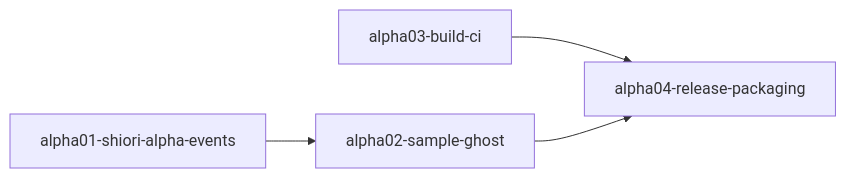
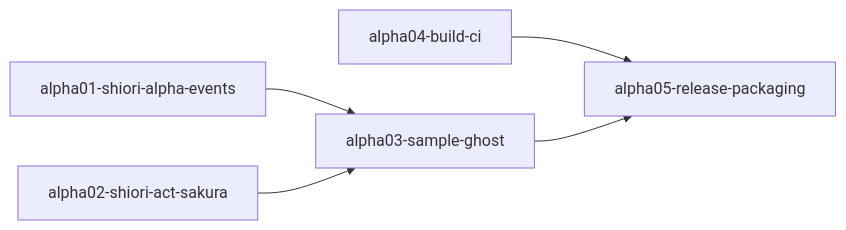
One commit to ekicyou/pasta changed the diagram in .kiro/specs/alpha-release-planning/gap-analysis.md. Above: the diagram before and after it, drawn with Mermaid. The commit also changed other lines of this file and 1 other file, not shown here.

First line of the commit message:
docs(spec): add pasta.shiori.act module requirement

````diff
--- a/.kiro/specs/alpha-release-planning/gap-analysis.md
+++ b/.kiro/specs/alpha-release-planning/gap-analysis.md
@@ -230,6 +234,7 @@
 ```mermaid
 graph LR
-    A[alpha01-shiori-alpha-events] --> B[alpha02-sample-ghost]
-    C[alpha03-build-ci] --> D[alpha04-release-packaging]
-    B --> D
+    A[alpha01-shiori-alpha-events] --> C[alpha03-sample-ghost]
+    B[alpha02-shiori-act-sakura] --> C
+    D[alpha04-build-ci] --> E[alpha05-release-packaging]
+    C --> E
 ```
````
